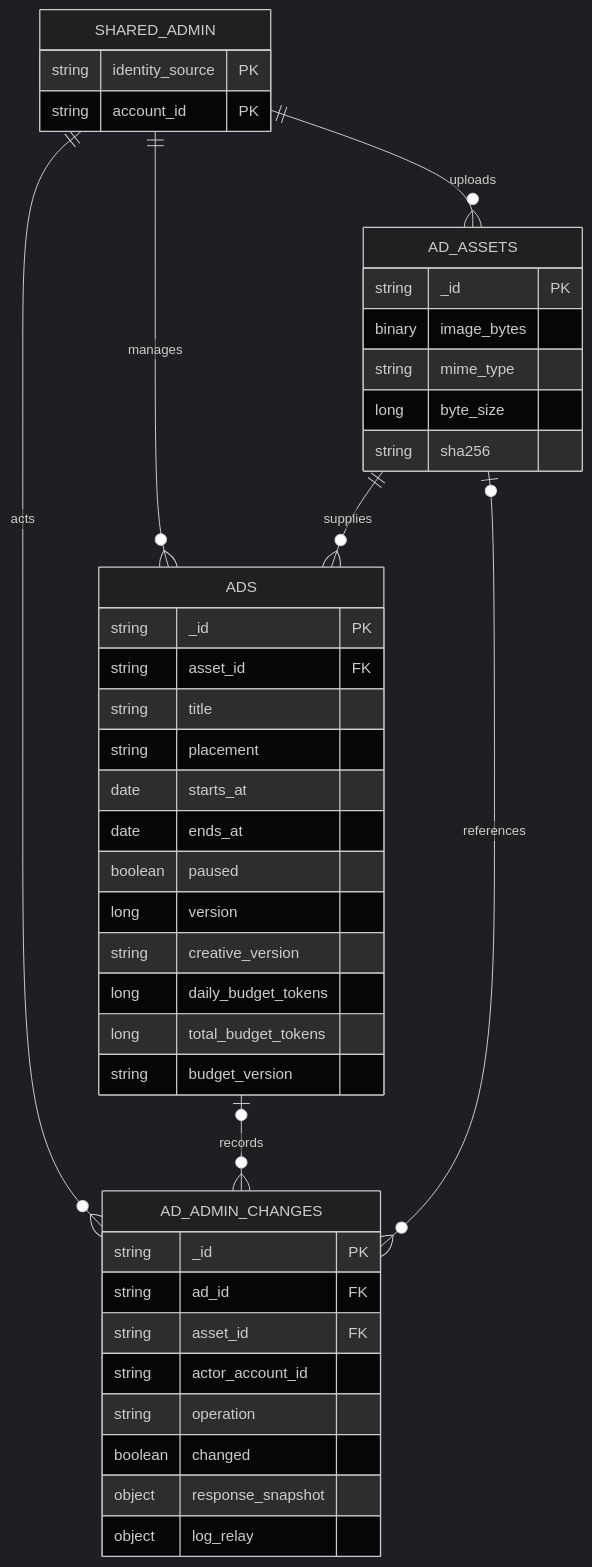
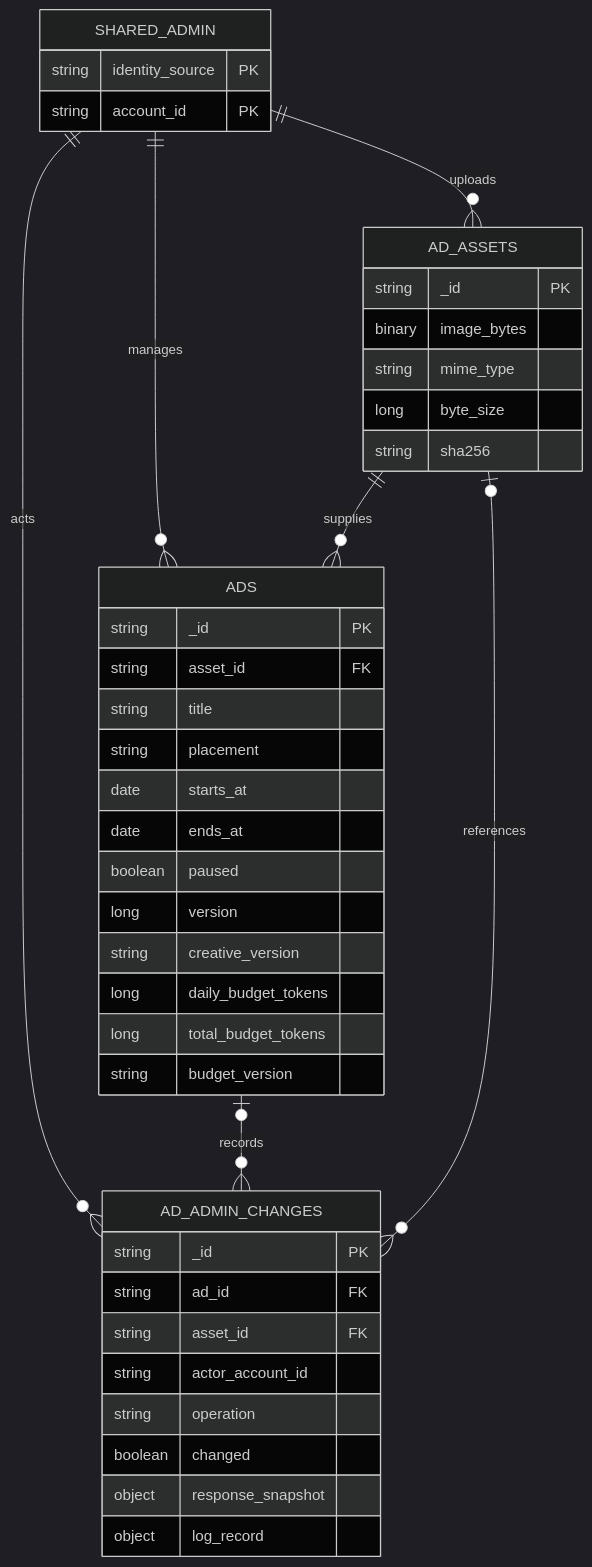
Before and after one commit to encore-ai-campus/mlo-01-p3-team1: the second of 2 diagrams in docs/development/ads/광고_데이터와_로직_설계.md, drawn with Mermaid (dark theme). The commit also changed other lines of this file and 125 other files, not shown here.

````diff
--- a/docs/development/ads/광고_데이터와_로직_설계.md
+++ b/docs/development/ads/광고_데이터와_로직_설계.md
@@ -53,44 +57,44 @@
 ```mermaid
 erDiagram
     SHARED_ADMIN ||--o{ ADS : manages
     SHARED_ADMIN ||--o{ AD_ASSETS : uploads
     SHARED_ADMIN ||--o{ AD_ADMIN_CHANGES : acts
     AD_ASSETS ||--o{ ADS : supplies
     ADS |o--o{ AD_ADMIN_CHANGES : records
     AD_ASSETS |o--o{ AD_ADMIN_CHANGES : references
     SHARED_ADMIN {
         string identity_source PK
         string account_id PK
     }
     ADS {
         string _id PK
         string asset_id FK
         string title
         string placement
         date starts_at
         date ends_at
         boolean paused
         long version
         string creative_version
         long daily_budget_tokens
         long total_budget_tokens
         string budget_version
     }
     AD_ASSETS {
         string _id PK
         binary image_bytes
         string mime_type
         long byte_size
         string sha256
     }
     AD_ADMIN_CHANGES {
         string _id PK
         string ad_id FK
         string asset_id FK
         string actor_account_id
         string operation
         boolean changed
         object response_snapshot
-        object log_relay
+        object log_record
     }
 ```
````
